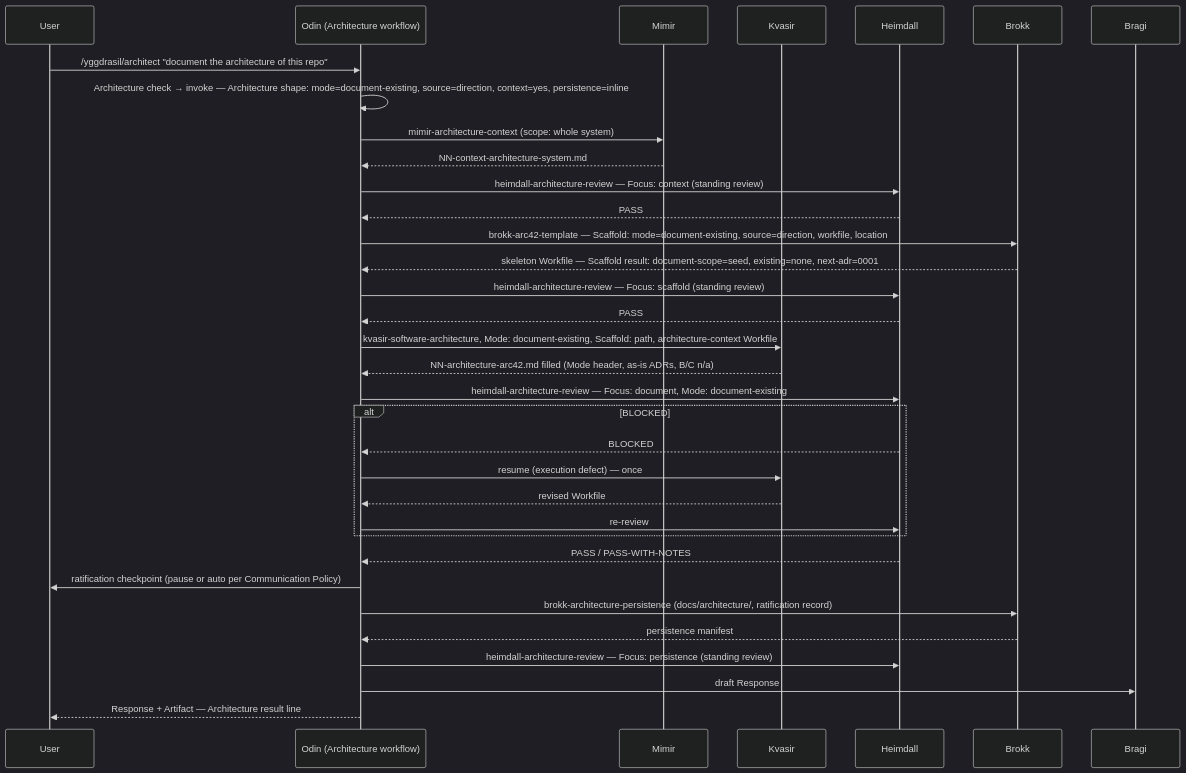
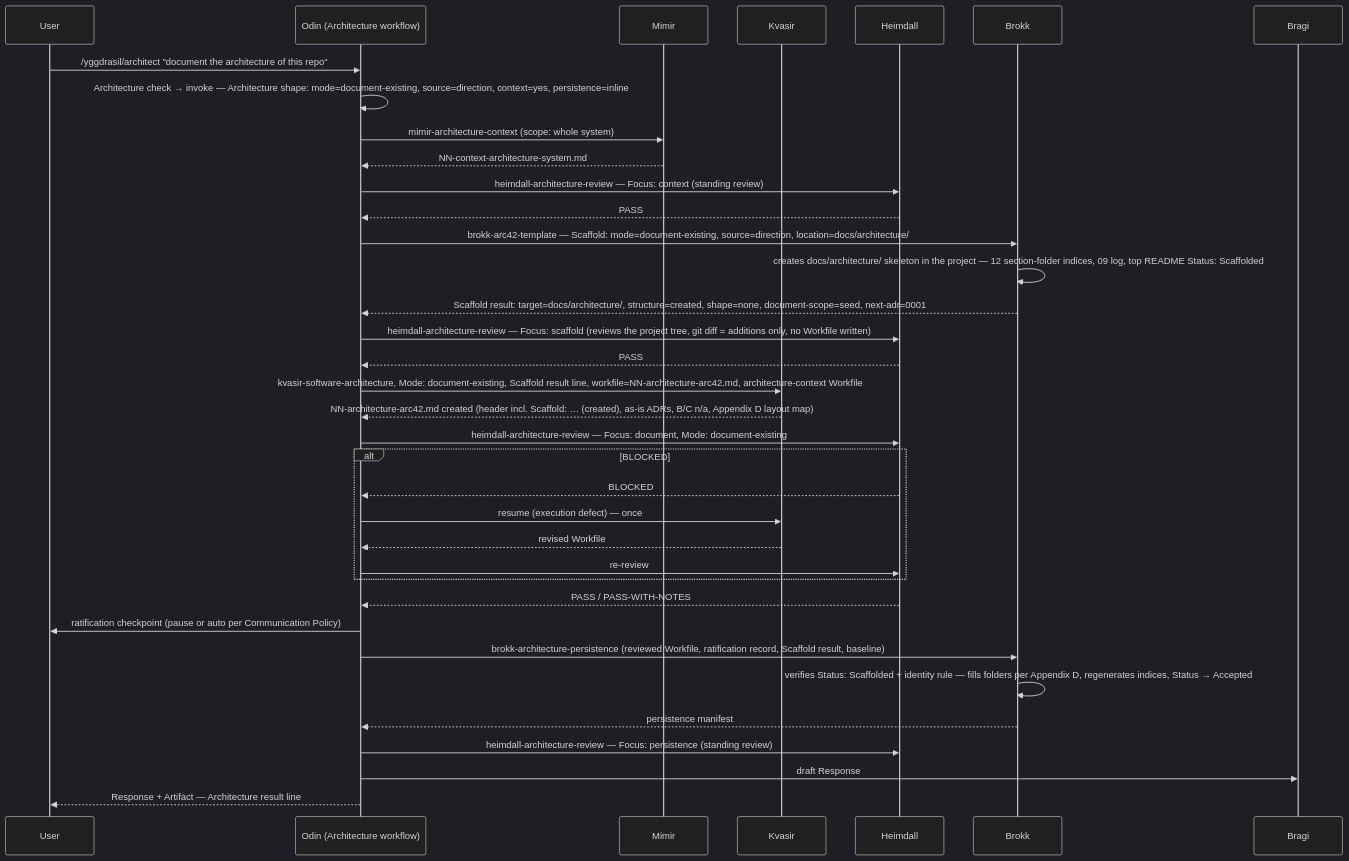
One commit to nstucki/yggdrasil changed the first of 2 diagrams in docs/architecture/06-runtime-view/01-runtime-view.md. Above: the diagram before and after it, drawn with Mermaid (dark theme). The commit also changed other lines of this file and 40 other files, not shown here.

````diff
--- a/docs/architecture/06-runtime-view/01-runtime-view.md
+++ b/docs/architecture/06-runtime-view/01-runtime-view.md
@@ -7,36 +7,38 @@
 ```mermaid
 sequenceDiagram
   participant U as User
   participant O as Odin (Architecture workflow)
   participant M as Mimir
   participant K as Kvasir
   participant H as Heimdall
   participant B as Brokk
   participant G as Bragi
   U->>O: /yggdrasil/architect "document the architecture of this repo"
   O->>O: Architecture check → invoke — Architecture shape: mode=document-existing, source=direction, context=yes, persistence=inline
   O->>M: mimir-architecture-context (scope: whole system)
   M-->>O: NN-context-architecture-system.md
   O->>H: heimdall-architecture-review — Focus: context (standing review)
   H-->>O: PASS
-  O->>B: brokk-arc42-template — Scaffold: mode=document-existing, source=direction, workfile, location
-  B-->>O: skeleton Workfile — Scaffold result: document-scope=seed, existing=none, next-adr=0001
-  O->>H: heimdall-architecture-review — Focus: scaffold (standing review)
+  O->>B: brokk-arc42-template — Scaffold: mode=document-existing, source=direction, location=docs/architecture/
+  B->>B: creates docs/architecture/ skeleton in the project — 12 section-folder indices, 09 log, top README Status: Scaffolded
+  B-->>O: Scaffold result: target=docs/architecture/, structure=created, shape=none, document-scope=seed, next-adr=0001
+  O->>H: heimdall-architecture-review — Focus: scaffold (reviews the project tree, git diff = additions only, no Workfile written)
   H-->>O: PASS
-  O->>K: kvasir-software-architecture, Mode: document-existing, Scaffold: path, architecture-context Workfile
-  K-->>O: NN-architecture-arc42.md filled (Mode header, as-is ADRs, B/C n/a)
+  O->>K: kvasir-software-architecture, Mode: document-existing, Scaffold result line, workfile=NN-architecture-arc42.md, architecture-context Workfile
+  K-->>O: NN-architecture-arc42.md created (header incl. Scaffold: … (created), as-is ADRs, B/C n/a, Appendix D layout map)
   O->>H: heimdall-architecture-review — Focus: document, Mode: document-existing
   alt BLOCKED
     H-->>O: BLOCKED
     O->>K: resume (execution defect) — once
     K-->>O: revised Workfile
     O->>H: re-review
   end
   H-->>O: PASS / PASS-WITH-NOTES
   O->>U: ratification checkpoint (pause or auto per Communication Policy)
-  O->>B: brokk-architecture-persistence (docs/architecture/, ratification record)
+  O->>B: brokk-architecture-persistence (reviewed Workfile, ratification record, Scaffold result, baseline)
+  B->>B: verifies Status: Scaffolded + identity rule — fills folders per Appendix D, regenerates indices, Status → Accepted
   B-->>O: persistence manifest
   O->>H: heimdall-architecture-review — Focus: persistence (standing review)
   O->>G: draft Response
   O-->>U: Response + Artifact — Architecture result line
 ```
````
